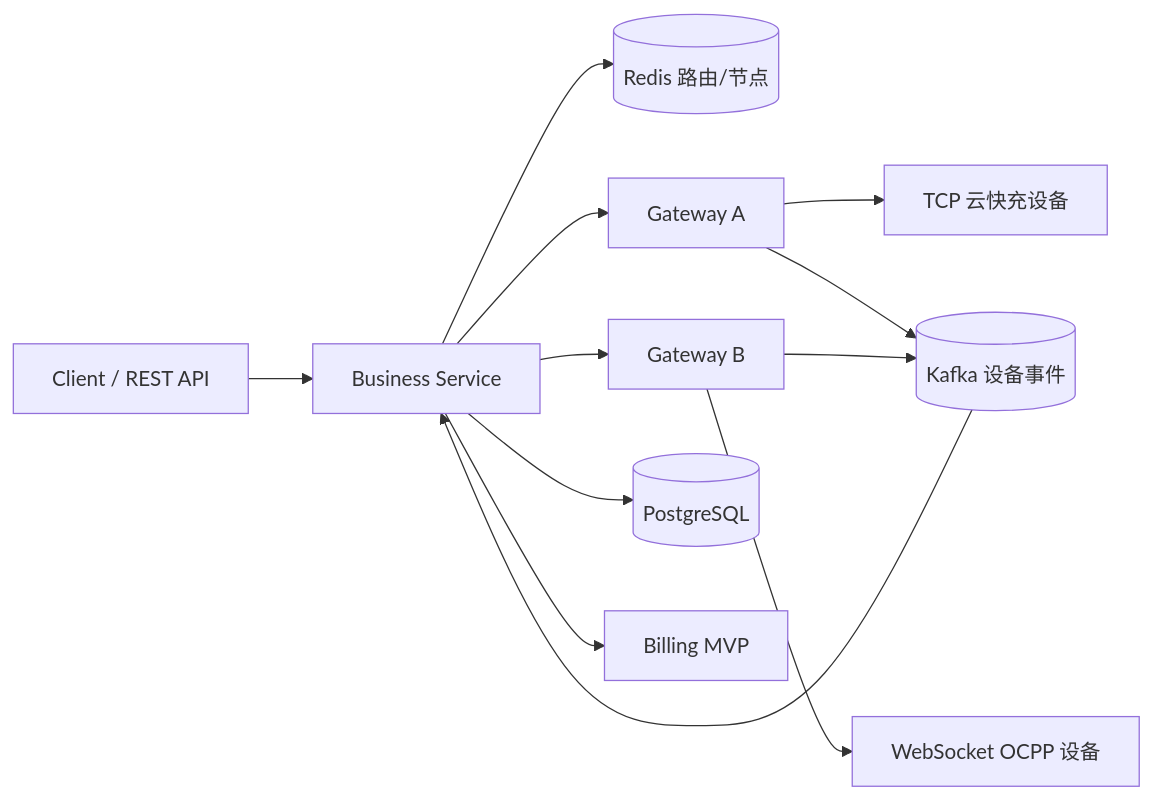
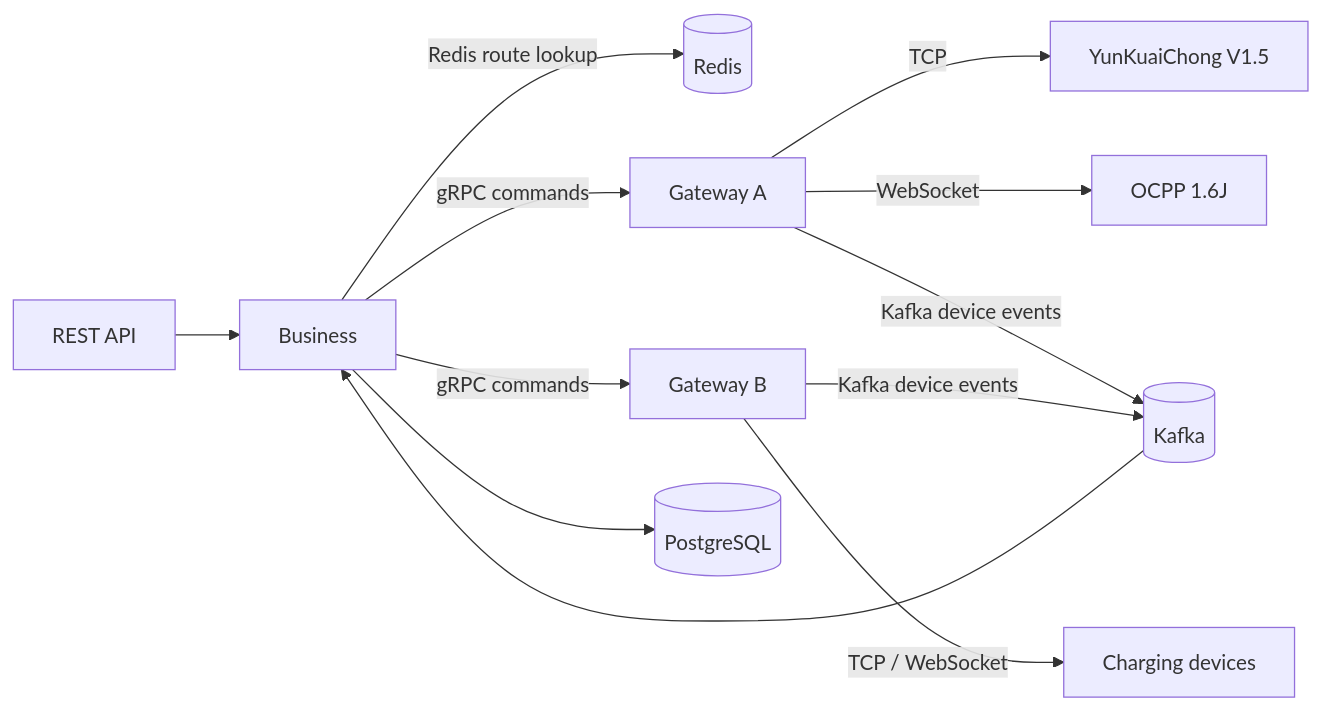
One commit to chenshuangwtt/VoltBridge changed the diagram in README.md. Above: the diagram before and after it, drawn with Mermaid. The commit also changed other lines of this file and 131 other files, not shown here.

Commit message:
feat: finalize device operations, tariff versioning and billing

````diff
--- a/README.md
+++ b/README.md
@@ -14,14 +23,14 @@
 ```mermaid
 flowchart LR
-  API["Client / REST API"] --> B["Business Service"]
-  B --> R[(Redis 路由/节点)]
-  B --> G1["Gateway A"]
-  B --> G2["Gateway B"]
-  G1 --> Y["TCP 云快充设备"]
-  G2 --> O["WebSocket OCPP 设备"]
-  G1 --> K[(Kafka 设备事件)]
-  G2 --> K
+  API["REST API"] --> B["Business"]
+  B -->|"Redis route lookup"| R[(Redis)]
+  B -->|"gRPC commands"| GA["Gateway A"]
+  B -->|"gRPC commands"| GB["Gateway B"]
+  GA -->|TCP| Y["YunKuaiChong V1.5"]
+  GA -->|WebSocket| O["OCPP 1.6J"]
+  GB -->|TCP / WebSocket| D["Charging devices"]
+  GA -->|"Kafka device events"| K[(Kafka)]
+  GB -->|"Kafka device events"| K
   K --> B
   B --> P[(PostgreSQL)]
-  B --> BILL["Billing MVP"]
 ```
````
